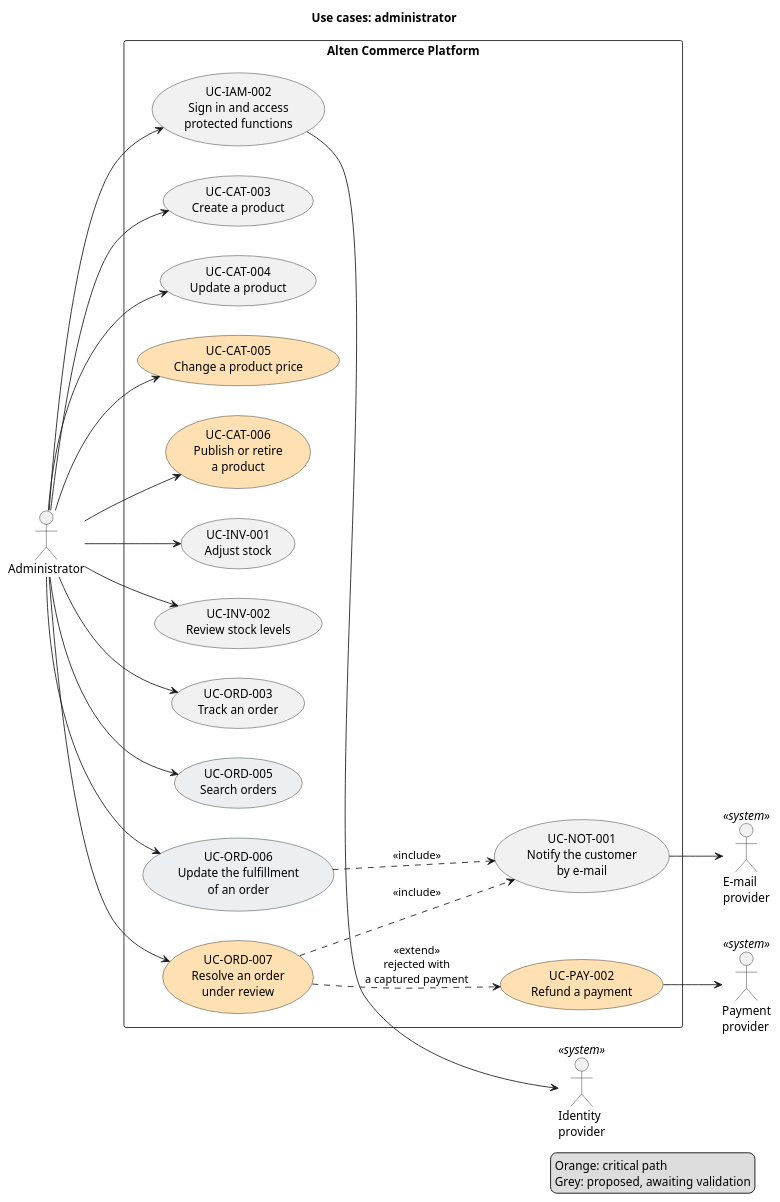
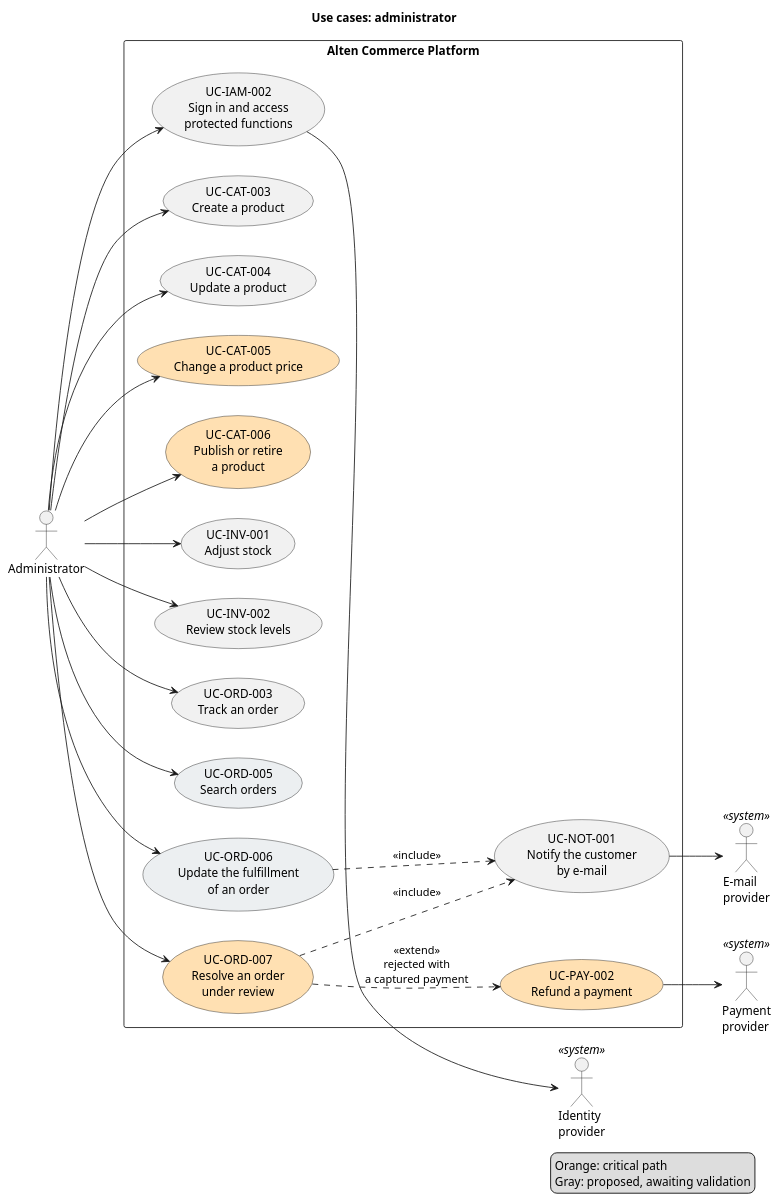
One commit to AxeloLabs/alten-commerce-platform changed the diagram in doc/2-spec/01-business-needs/diagrams/use-cases-administrator.puml. Above: the diagram before and after it, drawn with PlantUML. The commit also changed 29 other files, not shown here.

```diff
--- a/doc/2-spec/01-business-needs/diagrams/use-cases-administrator.puml
+++ b/doc/2-spec/01-business-needs/diagrams/use-cases-administrator.puml
@@ -1,52 +1,52 @@
 @startuml
 title Use cases: administrator
 
 left to right direction
 
 actor Administrator as A
 
 rectangle "Alten Commerce Platform" {
   usecase "UC-IAM-002\nSign in and access\nprotected functions" as IAM2
   usecase "UC-CAT-003\nCreate a product" as CAT3
   usecase "UC-CAT-004\nUpdate a product" as CAT4
   usecase "UC-CAT-005\nChange a product price" as CAT5 #FFE0B2
   usecase "UC-CAT-006\nPublish or retire\na product" as CAT6 #FFE0B2
   usecase "UC-INV-001\nAdjust stock" as INV1
   usecase "UC-INV-002\nReview stock levels" as INV2
   usecase "UC-ORD-003\nTrack an order" as ORD3
   usecase "UC-ORD-005\nSearch orders" as ORD5 #ECEFF1
   usecase "UC-ORD-006\nUpdate the fulfillment\nof an order" as ORD6 #ECEFF1
   usecase "UC-ORD-007\nResolve an order\nunder review" as ORD7 #FFE0B2
   usecase "UC-PAY-002\nRefund a payment" as PAY2 #FFE0B2
   usecase "UC-NOT-001\nNotify the customer\nby e-mail" as NOT1
 }
 
 actor "Identity\nprovider" as IDP <<system>>
 actor "Payment\nprovider" as PSP <<system>>
 actor "E-mail\nprovider" as MAIL <<system>>
 
 A --> IAM2
 A --> CAT3
 A --> CAT4
 A --> CAT5
 A --> CAT6
 A --> INV1
 A --> INV2
 A --> ORD3
 A --> ORD5
 A --> ORD6
 A --> ORD7
 
 ORD6 ..> NOT1 : <<include>>
 ORD7 ..> PAY2 : <<extend>>\nrejected with\na captured payment
 ORD7 ..> NOT1 : <<include>>
 
 IAM2 --> IDP
 PAY2 --> PSP
 NOT1 --> MAIL
 
 legend right
   Orange: critical path
-  Grey: proposed, awaiting validation
+  Gray: proposed, awaiting validation
 endlegend
 @enduml
```
